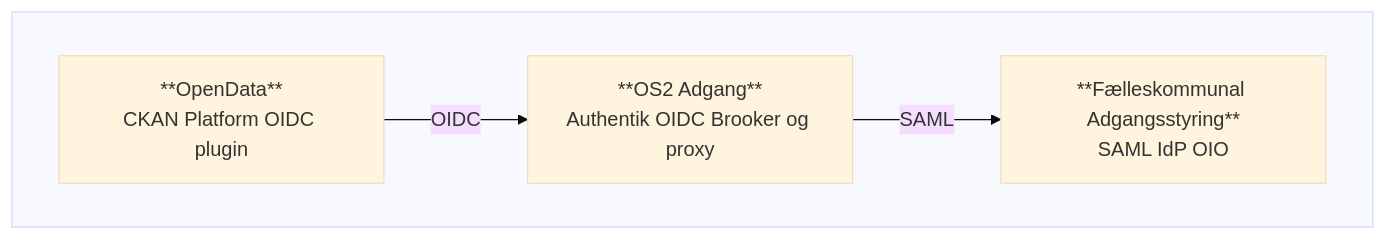
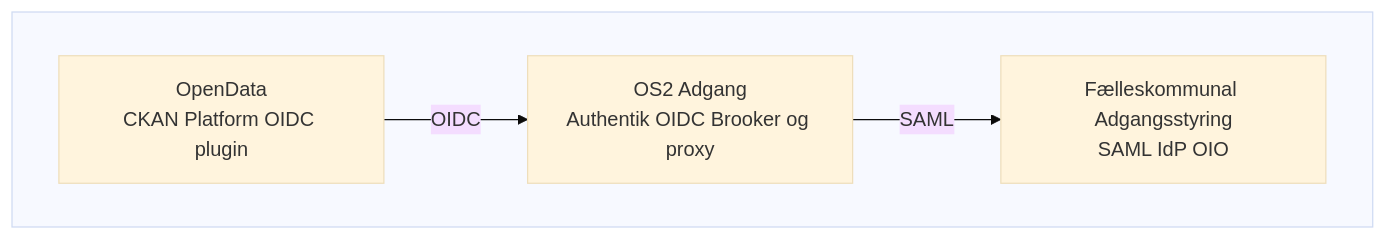
The diagram in proposals/2025-07-01-identity-bridge_dk.md (janhalen/enterprise-architecture-patterns), drawn with Mermaid (base theme) before and after one commit.

````diff
--- a/proposals/2025-07-01-identity-bridge_dk.md
+++ b/proposals/2025-07-01-identity-bridge_dk.md
@@ -47,12 +47,12 @@
 ```mermaid
 
 flowchart 
     CKAN -->|OIDC| Authentik
     Authentik -->|SAML| Legacy_IdP
     subgraph " "
-        CKAN["**OpenData**<br>CKAN Platform OIDC plugin"]
-        Authentik["**OS2 Adgang**<br>Authentik OIDC Brooker og proxy"]
-        Legacy_IdP["**Fælleskommunal Adgangsstyring**<br>SAML IdP OIO"]
+        CKAN[OpenData<br>CKAN Platform OIDC plugin]
+        Authentik[OS2 Adgang<br>Authentik OIDC Brooker og proxy]
+        Legacy_IdP[Fælleskommunal Adgangsstyring<br>SAML IdP OIO]
     end
     
 ```
````
